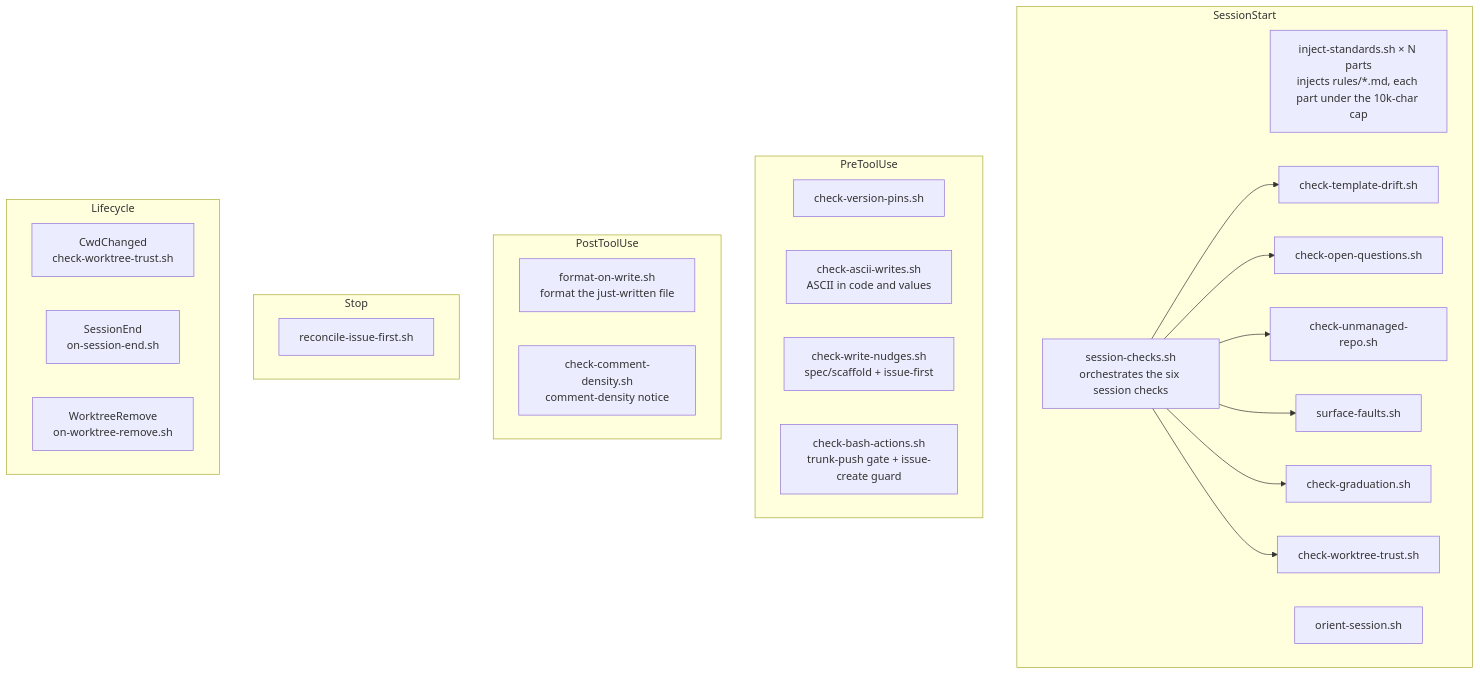
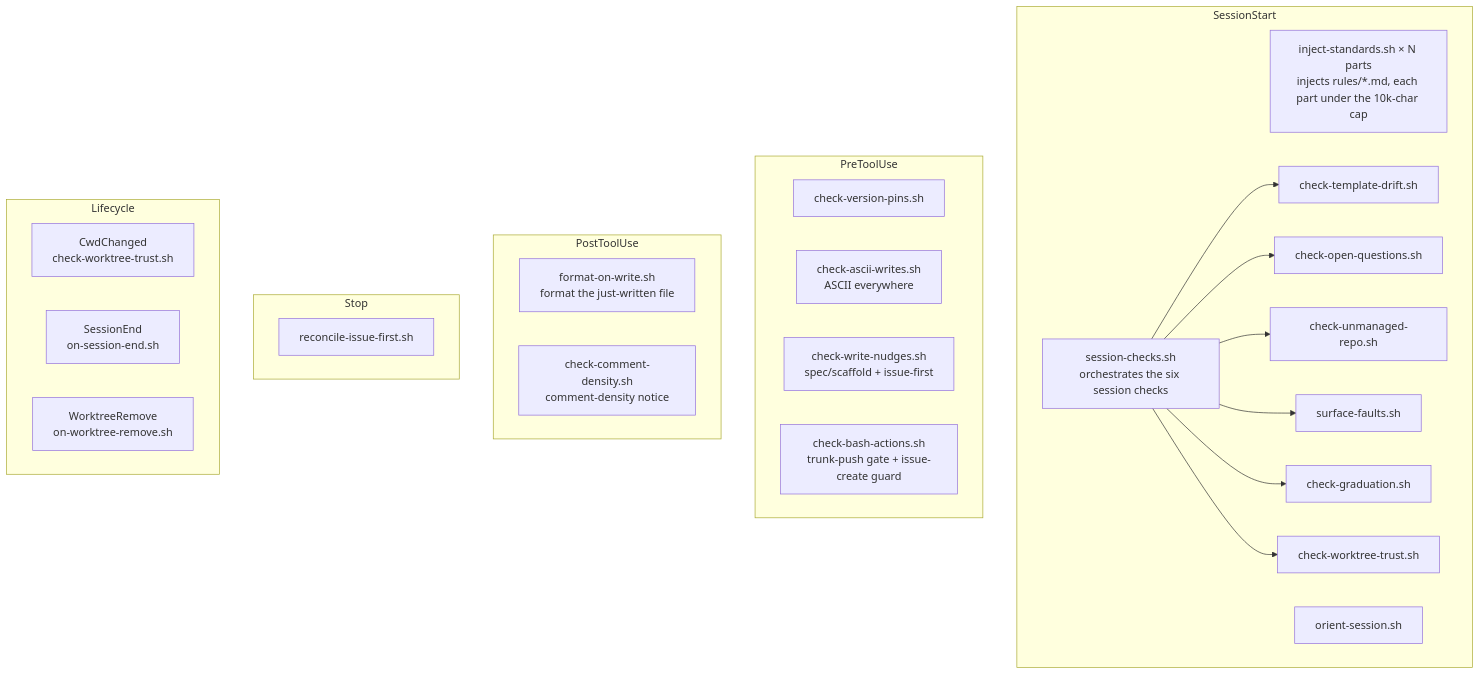
One commit to element22llc/e22-plugins changed the diagram in docs/reference/hooks.md. Above: the diagram before and after it, drawn with Mermaid. The commit also changed other lines of this file and 13 other files, not shown here.

````diff
--- a/docs/reference/hooks.md
+++ b/docs/reference/hooks.md
@@ -53,32 +53,32 @@
 ```mermaid
 flowchart TD
     subgraph SessionStart
       inject[inject-standards.sh × N parts<br/>injects rules/*.md, each part under the 10k-char cap]
       checks[session-checks.sh<br/>orchestrates the six session checks]
       orient[orient-session.sh]
       checks --> drift[check-template-drift.sh]
       checks --> oq[check-open-questions.sh]
       checks --> unmanaged[check-unmanaged-repo.sh]
       checks --> faults[surface-faults.sh]
       checks --> grad[check-graduation.sh]
       checks --> wt[check-worktree-trust.sh]
     end
     subgraph PreToolUse
       pins[check-version-pins.sh]
-      ascii[check-ascii-writes.sh<br/>ASCII in code and values]
+      ascii[check-ascii-writes.sh<br/>ASCII everywhere]
       wn[check-write-nudges.sh<br/>spec/scaffold + issue-first]
       ba[check-bash-actions.sh<br/>trunk-push gate + issue-create guard]
     end
     subgraph PostToolUse
       fmt[format-on-write.sh<br/>format the just-written file]
       cd[check-comment-density.sh<br/>comment-density notice]
     end
     subgraph Stop
       reconcile[reconcile-issue-first.sh]
     end
     subgraph Lifecycle
       cwd[CwdChanged<br/>check-worktree-trust.sh]
       send[SessionEnd<br/>on-session-end.sh]
       wtr[WorktreeRemove<br/>on-worktree-remove.sh]
     end
 ```
````
